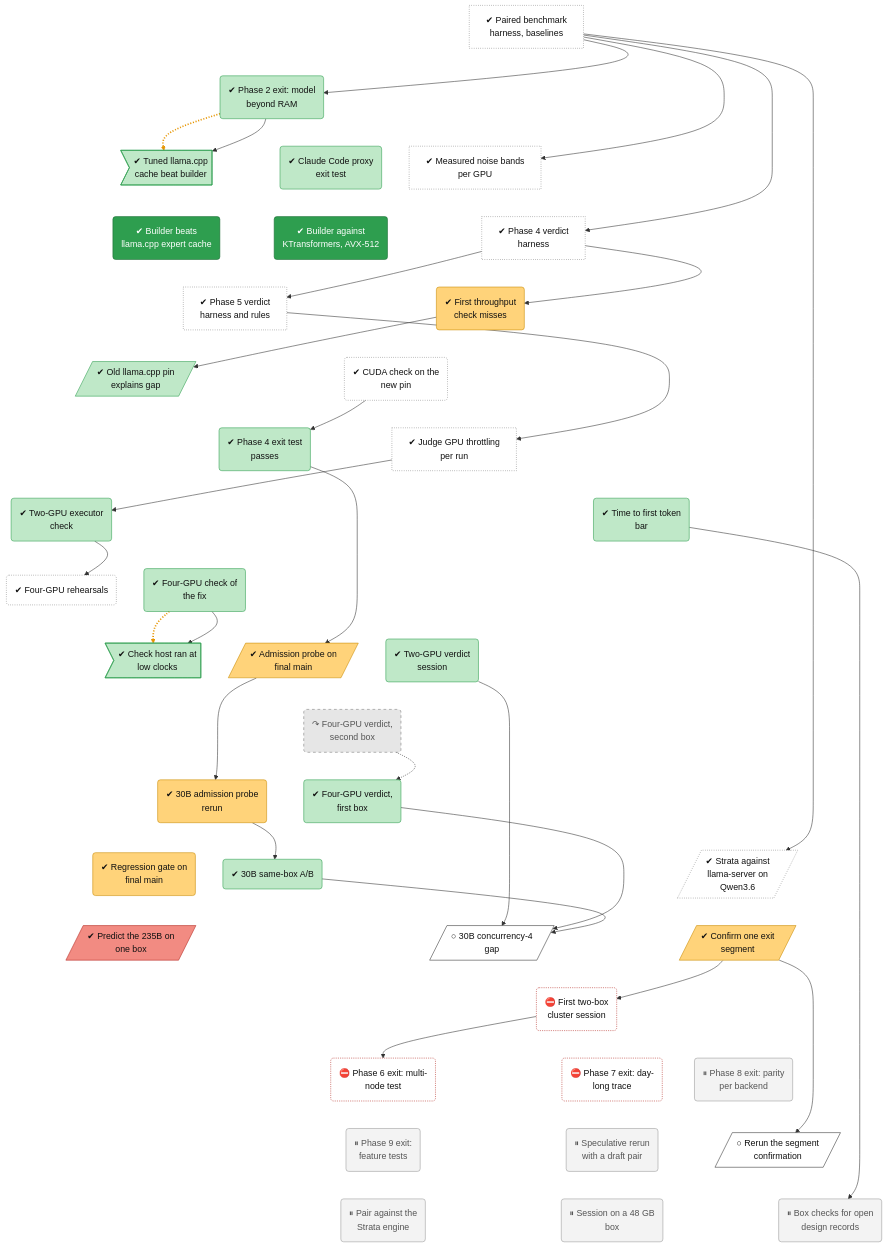
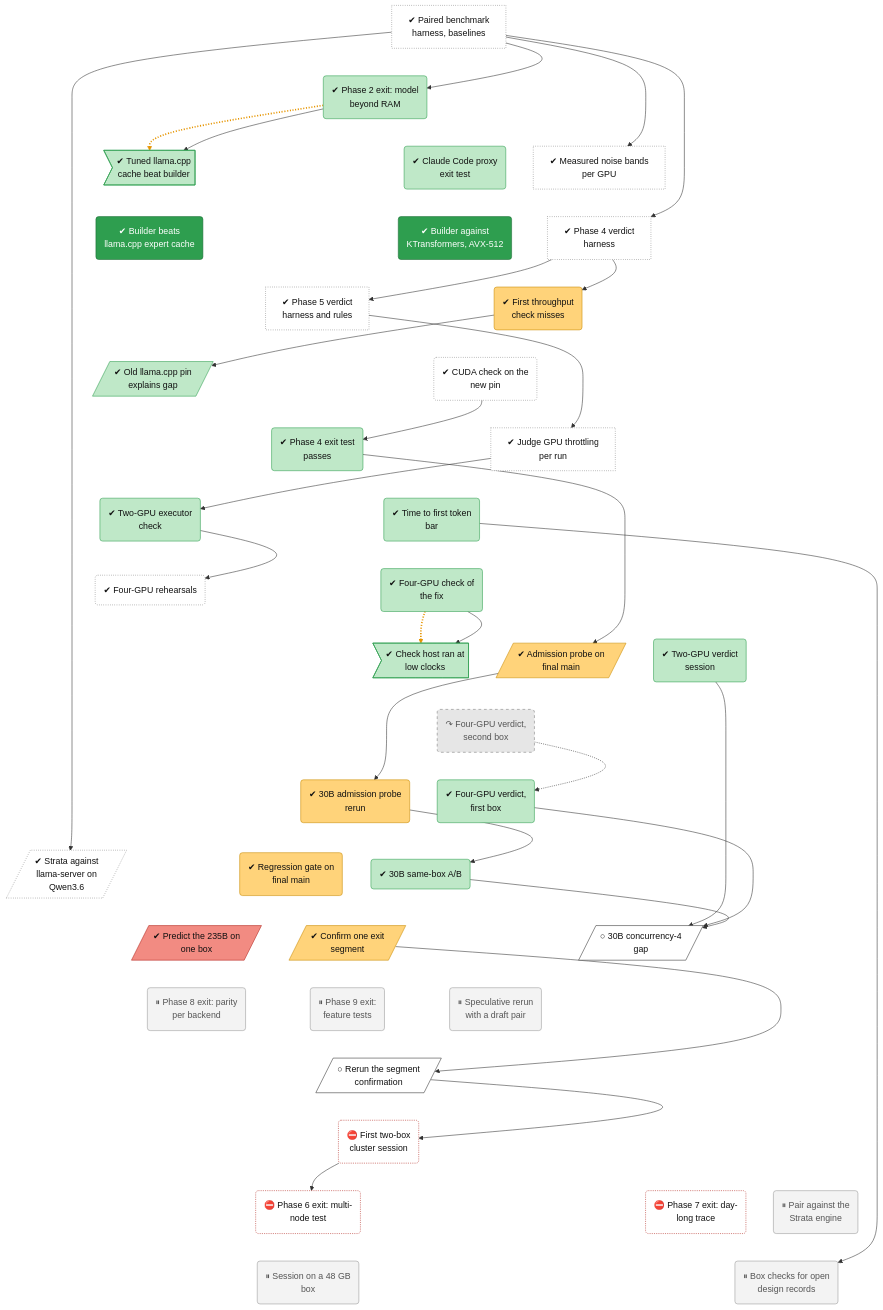
The diagram in docs/roadmap/tracks/bench.md (lhns/tetraeder), drawn with Mermaid before and after one commit. The commit also changed other lines of this file and 4 other files, not shown here.

Commit message:
Tree: the rehearsal depends on bench-235b-segment-confirm-2 (the rerun) (not measured)

````diff
--- a/docs/roadmap/tracks/bench.md
+++ b/docs/roadmap/tracks/bench.md
@@ -39,13 +39,13 @@
     bench_235b_stream_predict[/"✔ Predict the 235B on<br/>one box"/]
     bench_235b_segment_confirm[/"✔ Confirm one exit<br/>segment"/]
     bench_30b_c4_gap[/"○ 30B concurrency-4<br/>gap"/]
-    bench_phase6_rehearsal("⛔ First two-box<br/>cluster session")
-    bench_phase6_exit("⛔ Phase 6 exit: multi-<br/>node test")
-    bench_phase7_exit("⛔ Phase 7 exit: day-<br/>long trace")
     bench_phase8_exit("⏸ Phase 8 exit: parity<br/>per backend")
     bench_phase9_exit("⏸ Phase 9 exit:<br/>feature tests")
     bench_spec_rerun("⏸ Speculative rerun<br/>with a draft pair")
     bench_235b_segment_confirm_2[/"○ Rerun the segment<br/>confirmation"/]
+    bench_phase6_rehearsal("⛔ First two-box<br/>cluster session")
+    bench_phase6_exit("⛔ Phase 6 exit: multi-<br/>node test")
+    bench_phase7_exit("⛔ Phase 7 exit: day-<br/>long trace")
     bench_strata_pairing("⏸ Pair against the<br/>Strata engine")
     bench_d1_session("⏸ Session on a 48 GB<br/>box")
     bench_open_records("⏸ Box checks for open<br/>design records")
@@ -81,18 +81,19 @@
     bench_ab30b ~~~ bench_235b_stream_predict
     bench_strata_q36 ~~~ bench_235b_segment_confirm
     bench_regression_gate ~~~ bench_30b_c4_gap
-    bench_235b_stream_predict ~~~ bench_phase6_rehearsal
-    bench_235b_segment_confirm ~~~ bench_phase6_rehearsal
-    bench_30b_c4_gap ~~~ bench_phase6_rehearsal
+    bench_235b_stream_predict ~~~ bench_phase8_exit
+    bench_235b_segment_confirm ~~~ bench_phase9_exit
+    bench_30b_c4_gap ~~~ bench_spec_rerun
+    bench_phase8_exit ~~~ bench_235b_segment_confirm_2
+    bench_phase9_exit ~~~ bench_235b_segment_confirm_2
+    bench_spec_rerun ~~~ bench_235b_segment_confirm_2
+    bench_235b_segment_confirm_2 ~~~ bench_phase6_rehearsal
     bench_phase6_rehearsal ~~~ bench_phase6_exit
     bench_phase6_rehearsal ~~~ bench_phase7_exit
-    bench_phase6_rehearsal ~~~ bench_phase8_exit
-    bench_phase6_exit ~~~ bench_phase9_exit
-    bench_phase7_exit ~~~ bench_spec_rerun
-    bench_phase8_exit ~~~ bench_235b_segment_confirm_2
-    bench_phase9_exit ~~~ bench_strata_pairing
-    bench_spec_rerun ~~~ bench_d1_session
-    bench_235b_segment_confirm_2 ~~~ bench_open_records
+    bench_phase6_rehearsal ~~~ bench_strata_pairing
+    bench_phase6_exit ~~~ bench_d1_session
+    bench_phase7_exit ~~~ bench_open_records
+    bench_strata_pairing ~~~ bench_open_records
     bench_harness --> bench_phase2_exit
     bench_phase2_exit -.-> bench_defect_tuned_cache
     bench_phase2_exit --> bench_defect_tuned_cache
@@ -115,11 +116,11 @@
     bench_v2_verdict --> bench_30b_c4_gap
     bench_v4a_verdict --> bench_30b_c4_gap
     bench_ab30b --> bench_30b_c4_gap
-    bench_235b_segment_confirm --> bench_phase6_rehearsal
+    bench_235b_segment_confirm --> bench_235b_segment_confirm_2
+    bench_235b_segment_confirm_2 --> bench_phase6_rehearsal
     bench_phase6_rehearsal --> bench_phase6_exit
-    bench_235b_segment_confirm --> bench_235b_segment_confirm_2
     bench_ttft --> bench_open_records
-    linkStyle 45,56 stroke:#e69500,stroke-width:3px,stroke-dasharray:2 3
+    linkStyle 46,57 stroke:#e69500,stroke-width:3px,stroke-dasharray:2 3
     classDef vsucc fill:#2e9e4f,stroke:#1b6b34,color:#fff
     classDef succ fill:#bfe8c8,stroke:#2e9e4f,color:#111
     classDef mixed fill:#ffd37a,stroke:#c98a00,color:#111
@@ -141,6 +142,6 @@
     class bench_v4b_verdict dead
     class bench_235b_stream_predict bad
     class bench_30b_c4_gap,bench_235b_segment_confirm_2 next
+    class bench_phase8_exit,bench_phase9_exit,bench_spec_rerun,bench_strata_pairing,bench_d1_session,bench_open_records parked
     class bench_phase6_rehearsal,bench_phase6_exit,bench_phase7_exit blocked
-    class bench_phase8_exit,bench_phase9_exit,bench_spec_rerun,bench_strata_pairing,bench_d1_session,bench_open_records parked
 ```
````
